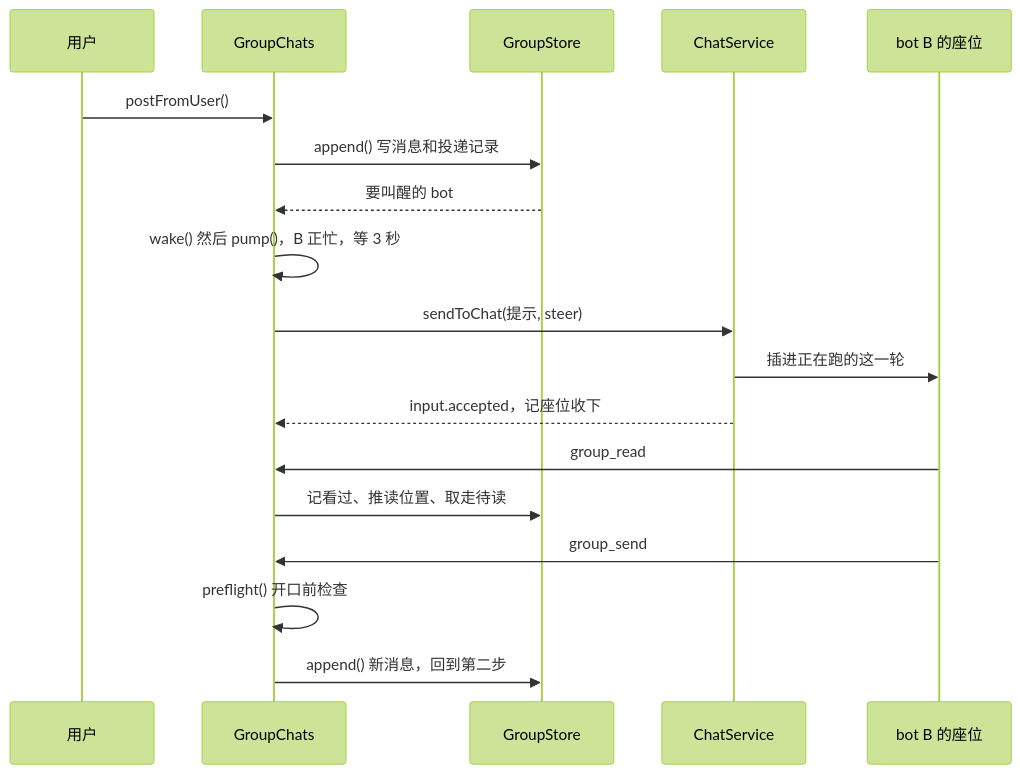
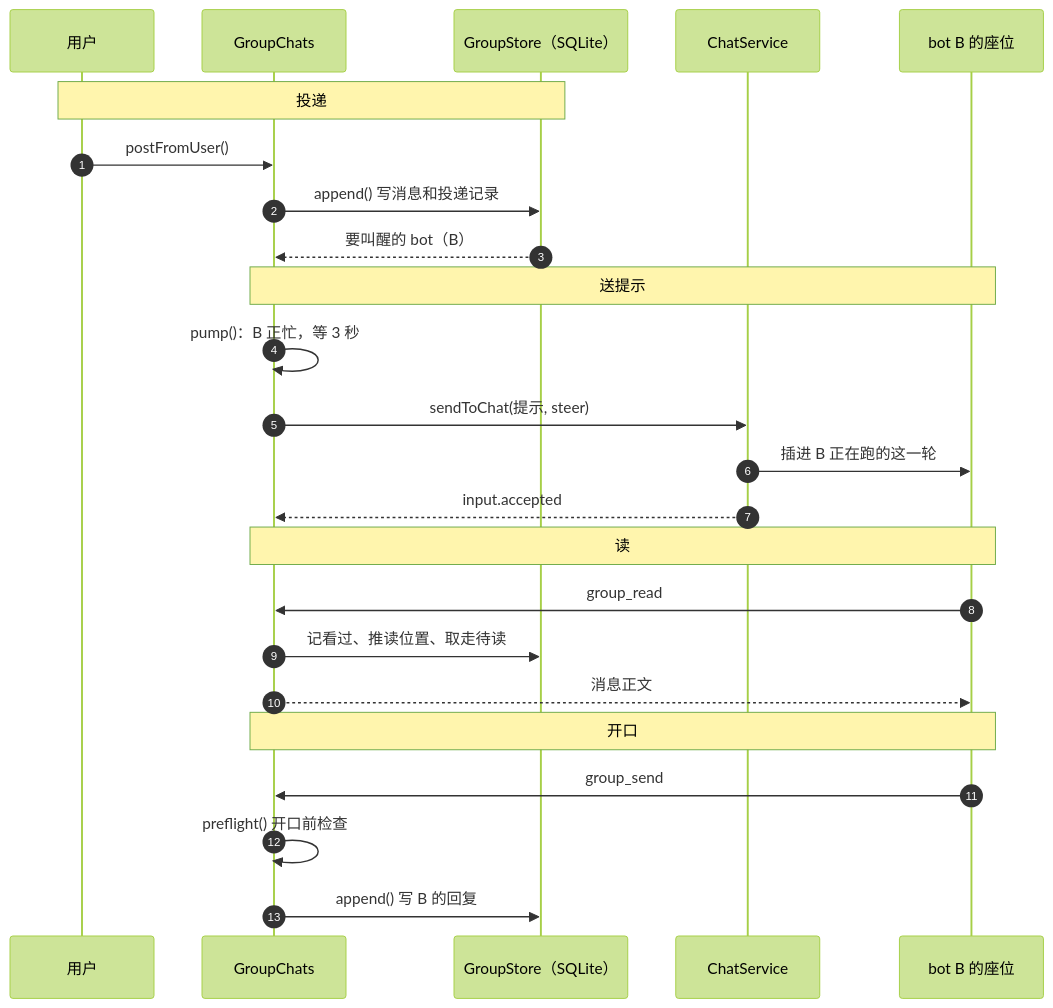
Before and after one commit to hustnn/pocket-bots: the second of 2 diagrams in docs/group-protocol.md, drawn with Mermaid (forest theme). The commit also changed other lines of this file, not shown here.

````diff
--- a/docs/group-protocol.md
+++ b/docs/group-protocol.md
@@ -78,20 +80,26 @@
 ```mermaid
 sequenceDiagram
+  autonumber
   participant U as 用户
   participant G as GroupChats
-  participant S as GroupStore
+  participant S as GroupStore（SQLite）
   participant C as ChatService
   participant B as bot B 的座位
+  Note over U,S: 投递
   U->>G: postFromUser()
   G->>S: append() 写消息和投递记录
-  S-->>G: 要叫醒的 bot
-  G->>G: wake() 然后 pump()，B 正忙，等 3 秒
+  S-->>G: 要叫醒的 bot（B）
+  Note over G,B: 送提示
+  G->>G: pump()：B 正忙，等 3 秒
   G->>C: sendToChat(提示, steer)
-  C->>B: 插进正在跑的这一轮
-  C-->>G: input.accepted，记座位收下
+  C->>B: 插进 B 正在跑的这一轮
+  C-->>G: input.accepted
+  Note over G,B: 读
   B->>G: group_read
   G->>S: 记看过、推读位置、取走待读
+  G-->>B: 消息正文
+  Note over G,B: 开口
   B->>G: group_send
   G->>G: preflight() 开口前检查
-  G->>S: append() 新消息，回到第二步
+  G->>S: append() 写 B 的回复
 ```
````
